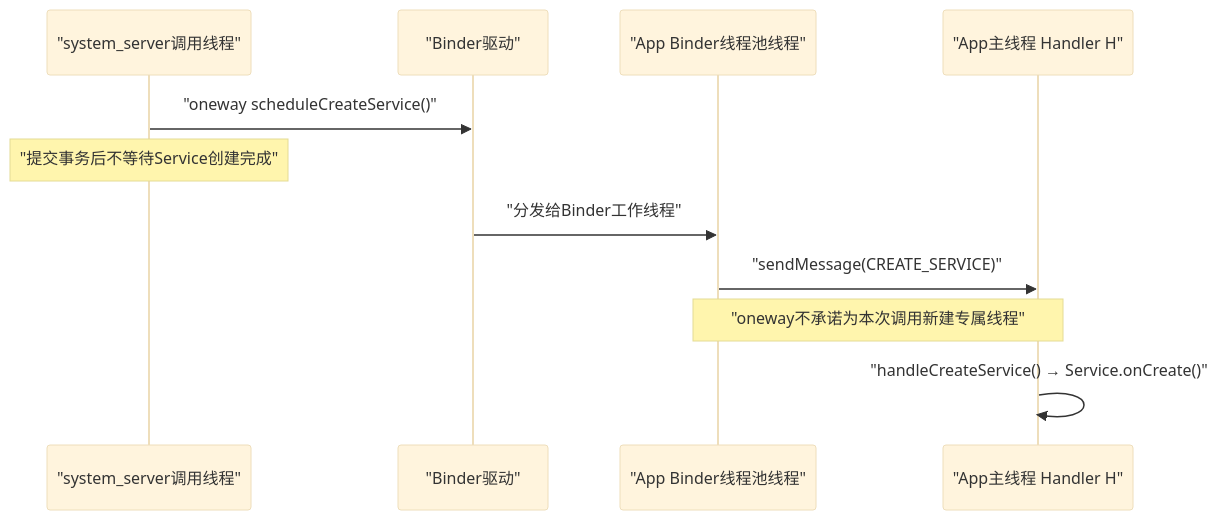
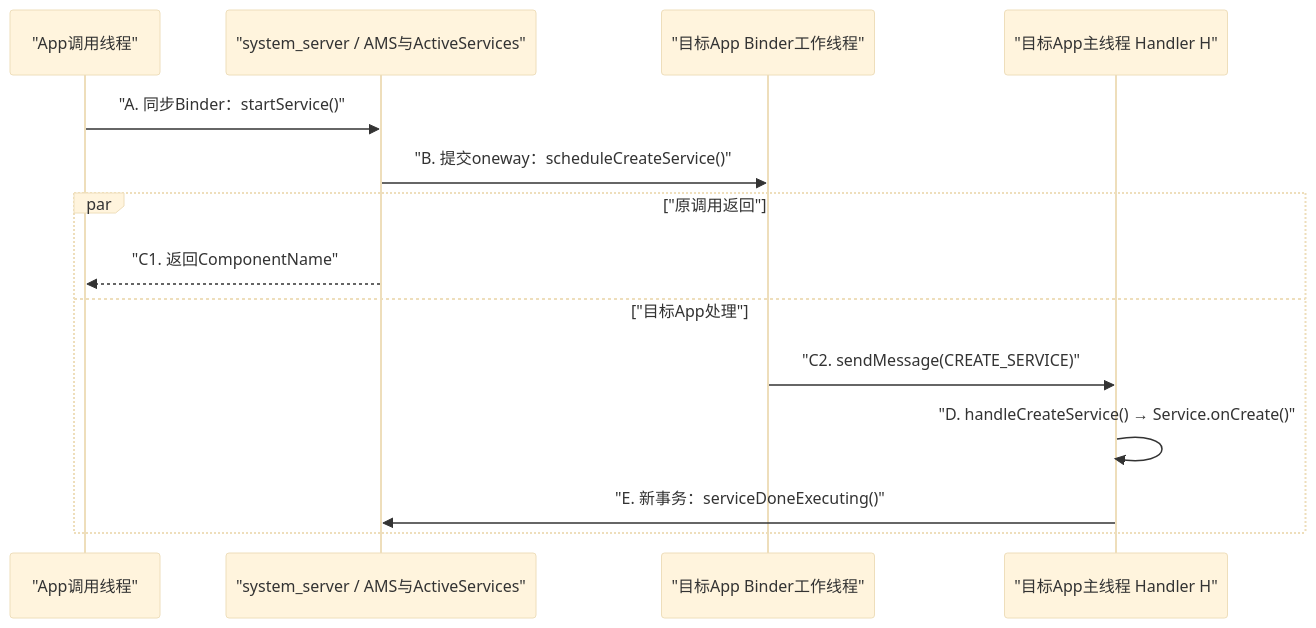
One commit to junyingzhao001/StudyNotes changed the first of 2 diagrams in Android源码学习/01-基础概念介绍.md. Above: the diagram before and after it, drawn with Mermaid (base theme). The commit also changed other lines of this file and 93 other files, not shown here.

````diff
--- a/Android源码学习/01-基础概念介绍.md
+++ b/Android源码学习/01-基础概念介绍.md
@@ -326,13 +47,16 @@
 ```mermaid
 sequenceDiagram
-    participant S as "system_server调用线程"
-    participant D as "Binder驱动"
-    participant B as "App Binder线程池线程"
-    participant M as "App主线程 Handler H"
-    S->>D: "oneway scheduleCreateService()"
-    Note over S: "提交事务后不等待Service创建完成"
-    D->>B: "分发给Binder工作线程"
-    B->>M: "sendMessage(CREATE_SERVICE)"
-    Note over B,M: "oneway不承诺为本次调用新建专属线程"
-    M->>M: "handleCreateService() → Service.onCreate()"
+    participant C as "App调用线程"
+    participant AMS as "system_server / AMS与ActiveServices"
+    participant B as "目标App Binder工作线程"
+    participant H as "目标App主线程 Handler H"
+    C->>AMS: "A. 同步Binder：startService()"
+    AMS->>B: "B. 提交oneway：scheduleCreateService()"
+    par "原调用返回"
+        AMS-->>C: "C1. 返回ComponentName"
+    and "目标App处理"
+        B->>H: "C2. sendMessage(CREATE_SERVICE)"
+        H->>H: "D. handleCreateService() → Service.onCreate()"
+        H->>AMS: "E. 新事务：serviceDoneExecuting()"
+    end
 ```
````
